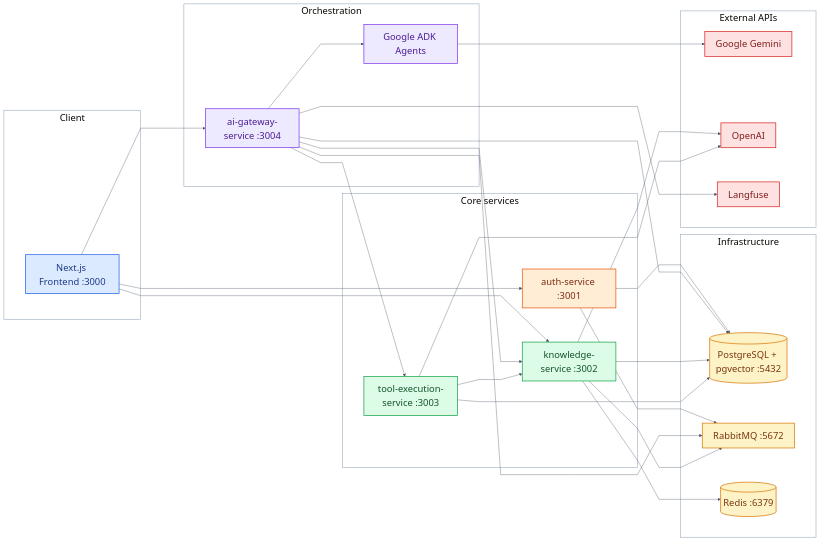
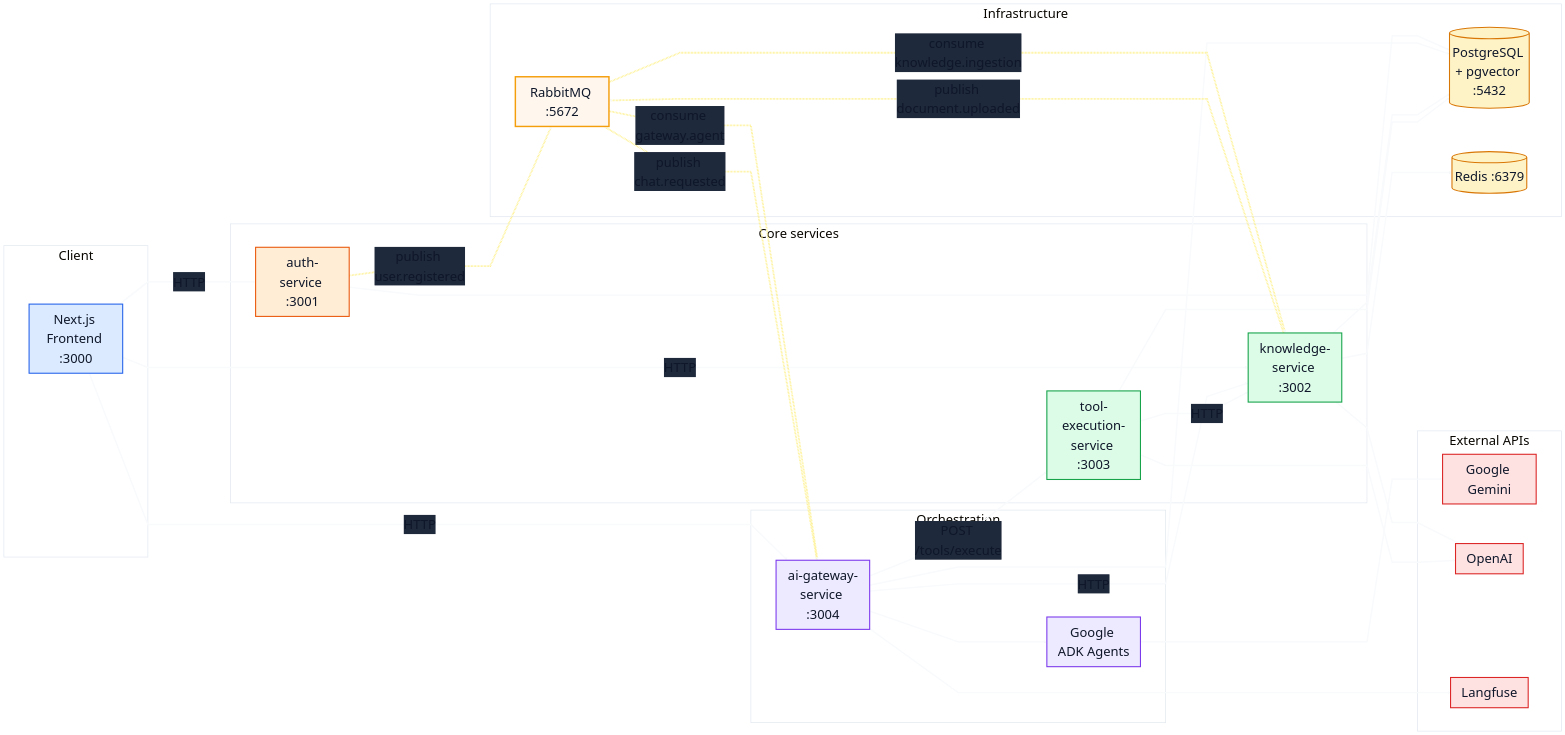
The first of 2 diagrams in README.md (Danilka-Akarawita/Assignment), drawn with Mermaid before and after one commit. The commit also changed other lines of this file, not shown here.

Commit message:
modifeid the diagram

````diff
--- a/README.md
+++ b/README.md
@@ -34,75 +34,82 @@
 ```mermaid
-%%{init: {'theme':'base','flowchart': {'curve':'linear','nodeSpacing': 95,'rankSpacing': 120},'themeVariables': {'fontFamily':'Arial','fontSize':'26px','lineColor':'#4b5563'}}}%%
+%%{init: {'theme':'base','flowchart': {'curve':'linear','nodeSpacing': 110,'rankSpacing': 140,'htmlLabels': true},'themeVariables': {'fontFamily':'Arial','fontSize':'36px','lineColor':'#f8fafc','primaryTextColor':'#0f172a','edgeLabelBackground':'#1e293b','edgeLabelColor':'#f8fafc'}}}%%
 flowchart LR
   subgraph client [Client]
     FE[Next.js Frontend :3000]
   end
 
   subgraph orchestration [Orchestration]
     GW[ai-gateway-service :3004]
     ADK[Google ADK Agents]
   end
 
   subgraph core [Core services]
     AUTH[auth-service :3001]
     KNOW[knowledge-service :3002]
     TOOLS[tool-execution-service :3003]
   end
 
   subgraph infra [Infrastructure]
     PG[(PostgreSQL + pgvector :5432)]
     RMQ[RabbitMQ :5672]
     REDIS[(Redis :6379)]
   end
 
   subgraph externalGroup [External APIs]
     GEMINI[Google Gemini]
     OPENAI[OpenAI]
     LF[Langfuse]
   end
 
-  FE --> AUTH
-  FE --> GW
-  FE --> KNOW
+  FE ==>|HTTP| AUTH
+  FE ==>|HTTP| GW
+  FE ==>|HTTP| KNOW
 
-  GW --> ADK
-  GW --> KNOW
-  GW --> TOOLS
-  TOOLS --> KNOW
+  GW ==> ADK
+  GW ==>|HTTP| KNOW
+  GW ==>|POST /tools/execute| TOOLS
+  TOOLS ==>|HTTP| KNOW
 
-  AUTH --> PG
-  GW --> PG
-  KNOW --> PG
-  TOOLS --> PG
+  AUTH ==> PG
+  GW ==> PG
+  KNOW ==> PG
+  TOOLS ==> PG
 
-  AUTH --> RMQ
-  GW --> RMQ
-  KNOW --> RMQ
+  KNOW ==> REDIS
+  KNOW ==> OPENAI
+  TOOLS ==> OPENAI
 
-  KNOW --> REDIS
-  KNOW --> OPENAI
-  TOOLS --> OPENAI
+  ADK ==> GEMINI
+  GW ==> LF
 
-  ADK --> GEMINI
-  GW --> LF
+  AUTH -.->|publish user.registered| RMQ
+  KNOW -.->|publish document.uploaded| RMQ
+  RMQ -.->|consume knowledge.ingestion| KNOW
+  GW -.->|publish chat.requested| RMQ
+  RMQ -.->|consume gateway.agent| GW
 
-  style client fill:transparent,stroke:#94a3b8,stroke-width:1.5px
-  style orchestration fill:transparent,stroke:#94a3b8,stroke-width:1.5px
-  style core fill:transparent,stroke:#94a3b8,stroke-width:1.5px
-  style infra fill:transparent,stroke:#94a3b8,stroke-width:1.5px
-  style externalGroup fill:transparent,stroke:#94a3b8,stroke-width:1.5px
+  style client fill:transparent,stroke:#e2e8f0,stroke-width:2px
+  style orchestration fill:transparent,stroke:#e2e8f0,stroke-width:2px
+  style core fill:transparent,stroke:#e2e8f0,stroke-width:2px
+  style infra fill:transparent,stroke:#e2e8f0,stroke-width:2px
+  style externalGroup fill:transparent,stroke:#e2e8f0,stroke-width:2px
 
-  classDef ui fill:#dbeafe,stroke:#2563eb,color:#1e3a8a,stroke-width:2px;
-  classDef auth fill:#ffedd5,stroke:#ea580c,color:#7c2d12,stroke-width:2px;
-  classDef gateway fill:#ede9fe,stroke:#7c3aed,color:#4c1d95,stroke-width:2px;
-  classDef services fill:#dcfce7,stroke:#16a34a,color:#14532d,stroke-width:2px;
-  classDef storage fill:#fef3c7,stroke:#d97706,color:#78350f,stroke-width:2px;
-  classDef external fill:#fee2e2,stroke:#dc2626,color:#7f1d1d,stroke-width:2px;
+  classDef ui fill:#dbeafe,stroke:#2563eb,color:#0f172a,stroke-width:3px,font-size:36px;
+  classDef auth fill:#ffedd5,stroke:#ea580c,color:#0f172a,stroke-width:3px,font-size:36px;
+  classDef gateway fill:#ede9fe,stroke:#7c3aed,color:#0f172a,stroke-width:3px,font-size:36px;
+  classDef services fill:#dcfce7,stroke:#16a34a,color:#0f172a,stroke-width:3px,font-size:36px;
+  classDef storage fill:#fef3c7,stroke:#d97706,color:#0f172a,stroke-width:3px,font-size:36px;
+  classDef external fill:#fee2e2,stroke:#dc2626,color:#0f172a,stroke-width:3px,font-size:36px;
+  classDef rmq fill:#fff7ed,stroke:#f59e0b,color:#0f172a,stroke-width:4px,font-size:36px;
 
   class FE ui;
   class AUTH auth;
   class GW,ADK gateway;
   class KNOW,TOOLS services;
-  class PG,REDIS,RMQ storage;
+  class PG,REDIS storage;
+  class RMQ rmq;
   class GEMINI,OPENAI,LF external;
+
+  linkStyle default stroke:#f8fafc,stroke-width:4px
+  linkStyle 16,17,18,19,20 stroke:#fef08a,stroke-width:5px
 ```
````
